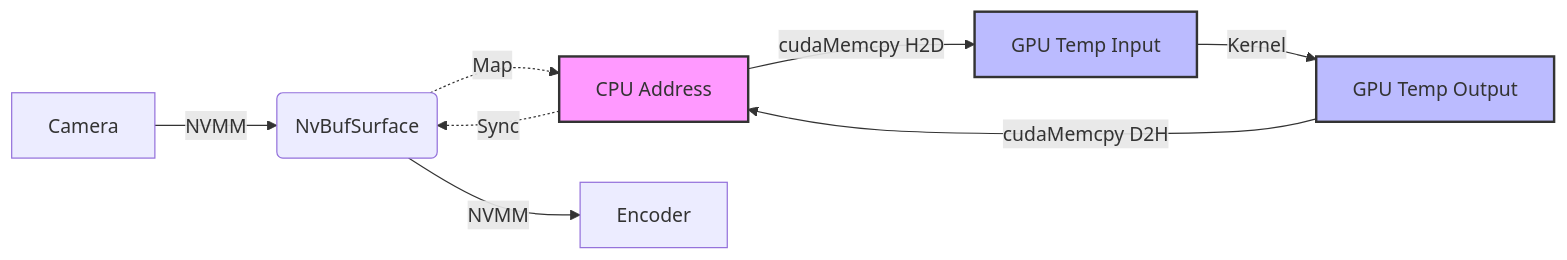
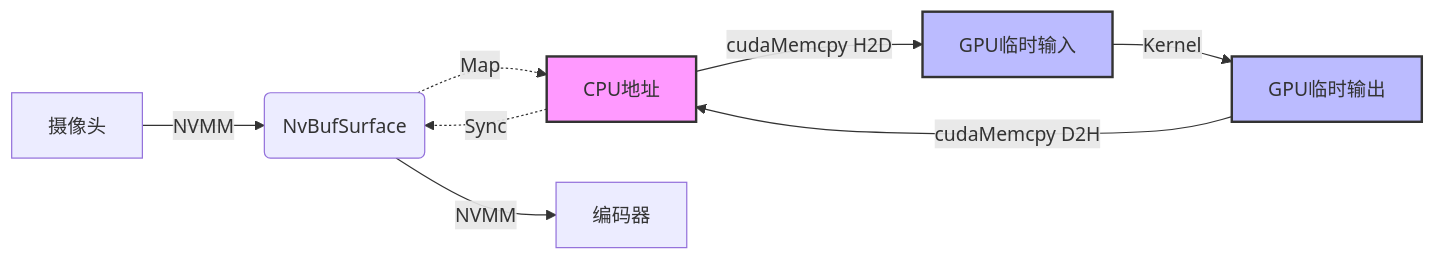
One commit to mx2013713828/avm-intro changed the first of 2 diagrams in cpp_demo/README.md. Above: the diagram before and after it, drawn with Mermaid. The commit also changed other lines of this file, not shown here.

````diff
--- a/cpp_demo/README.md
+++ b/cpp_demo/README.md
@@ -30,14 +30,14 @@
 ```mermaid
 graph LR
-    CAM[Camera] -->|NVMM| SURF(NvBufSurface)
-    SURF -.->|Map| CPU[CPU Address]
-    CPU -->|cudaMemcpy H2D| GPU_IN[GPU Temp Input]
-    GPU_IN -->|Kernel| GPU_OUT[GPU Temp Output]
+    CAM[摄像头] -->|NVMM| SURF(NvBufSurface)
+    SURF -.->|Map| CPU[CPU地址]
+    CPU -->|cudaMemcpy H2D| GPU_IN[GPU临时输入]
+    GPU_IN -->|Kernel| GPU_OUT[GPU临时输出]
     GPU_OUT -->|cudaMemcpy D2H| CPU
     CPU -.->|Sync| SURF
-    SURF -->|NVMM| ENC[Encoder]
+    SURF -->|NVMM| ENC[编码器]
     
     style CPU fill:#f9f,stroke:#333,stroke-width:2px
     style GPU_IN fill:#bbf,stroke:#333,stroke-width:2px
     style GPU_OUT fill:#bbf,stroke:#333,stroke-width:2px
 ```
````
